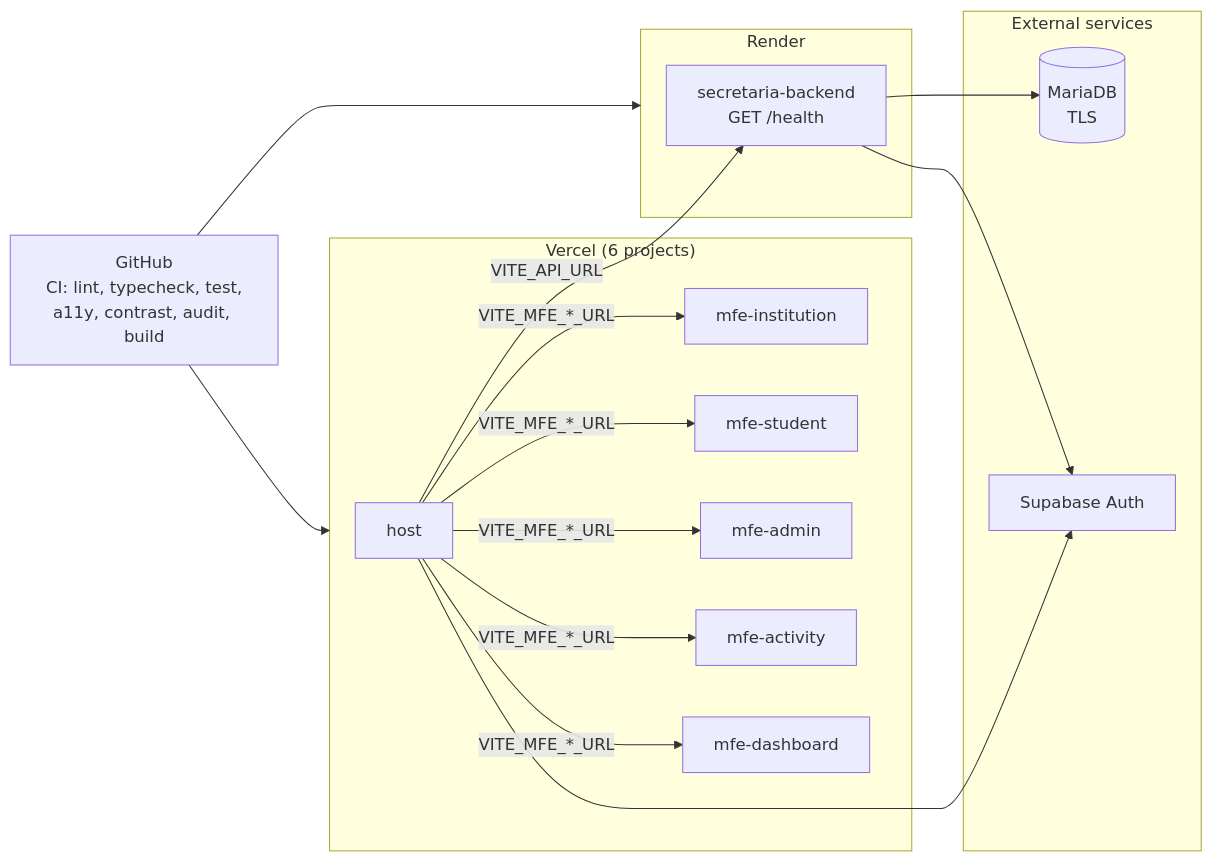
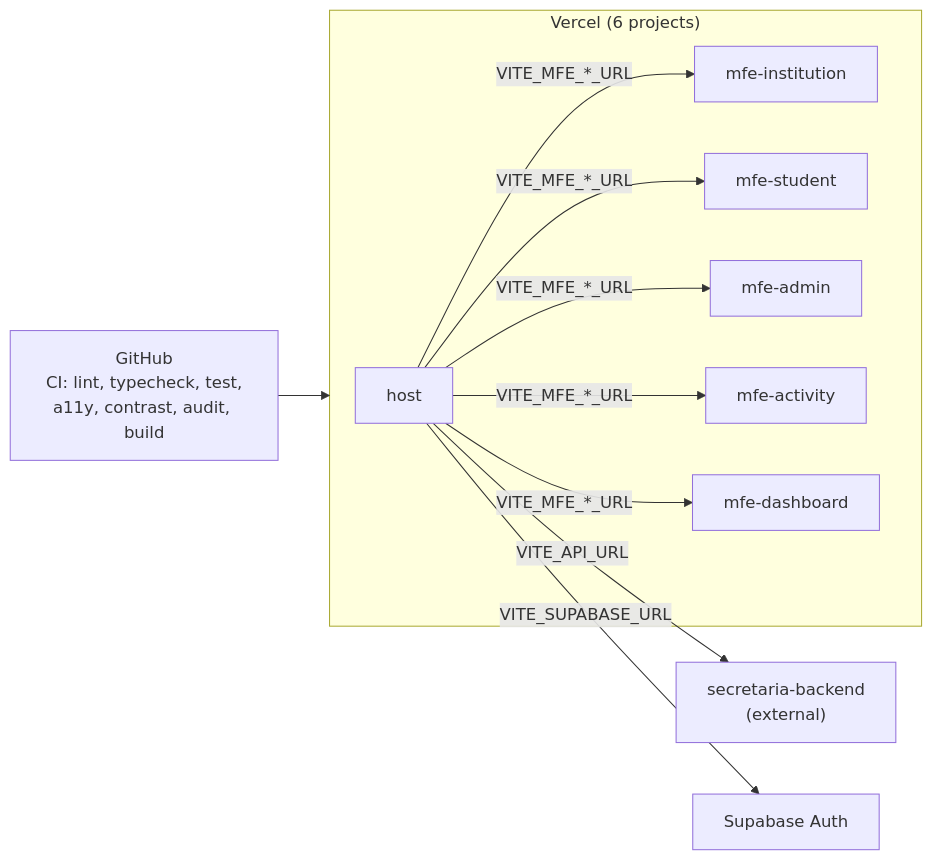
Before and after one commit to fidelis27/mfe-communication: the fifth of 5 diagrams in docs/architecture.md, drawn with Mermaid. The commit also changed other lines of this file, not shown here.

First line of the commit message:
docs: scope architecture.md to the frontend and fix flow details (#94)

````diff
--- a/docs/architecture.md
+++ b/docs/architecture.md
@@ -205,34 +170,25 @@
 ```mermaid
 flowchart LR
     gh["GitHub<br/>CI: lint, typecheck, test,<br/>a11y, contrast, audit, build"]
 
     subgraph vercel["Vercel (6 projects)"]
         vh["host"]
         v1["mfe-institution"]
         v2["mfe-student"]
         v3["mfe-admin"]
         v4["mfe-activity"]
         v5["mfe-dashboard"]
     end
 
-    subgraph render["Render"]
-        rb["secretaria-backend<br/>GET /health"]
-    end
-
-    subgraph ext["External services"]
-        maria[("MariaDB<br/>TLS")]
-        supa["Supabase Auth"]
-    end
+    api["secretaria-backend<br/>(external)"]
+    supa["Supabase Auth"]
 
     gh --> vercel
-    gh --> render
     vh -- "VITE_MFE_*_URL" --> v1
     vh -- "VITE_MFE_*_URL" --> v2
     vh -- "VITE_MFE_*_URL" --> v3
     vh -- "VITE_MFE_*_URL" --> v4
     vh -- "VITE_MFE_*_URL" --> v5
-    vh -- "VITE_API_URL" --> rb
-    rb --> maria
-    rb --> supa
-    vh --> supa
+    vh -- "VITE_API_URL" --> api
+    vh -- "VITE_SUPABASE_URL" --> supa
 ```
````
